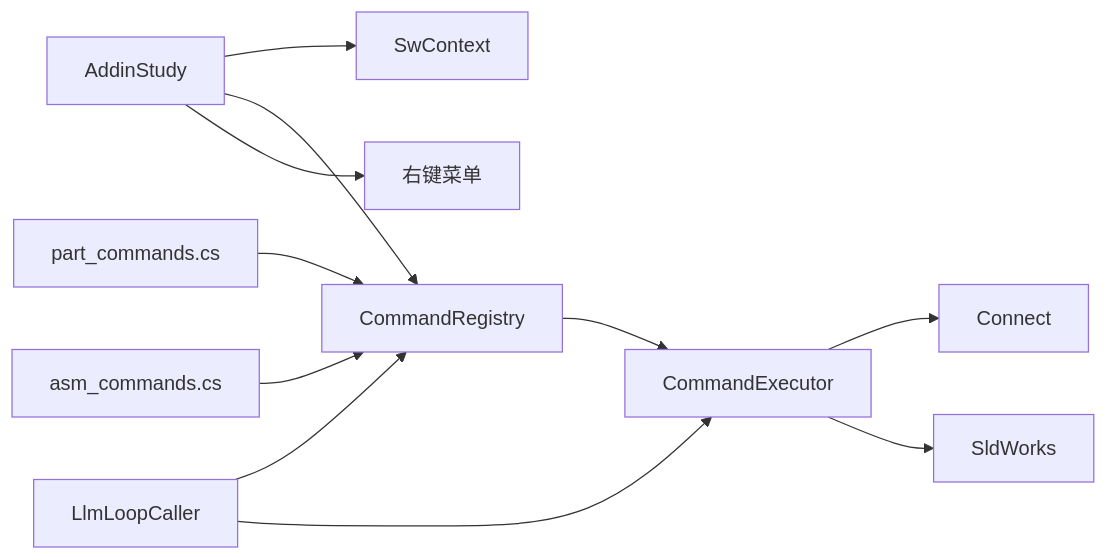
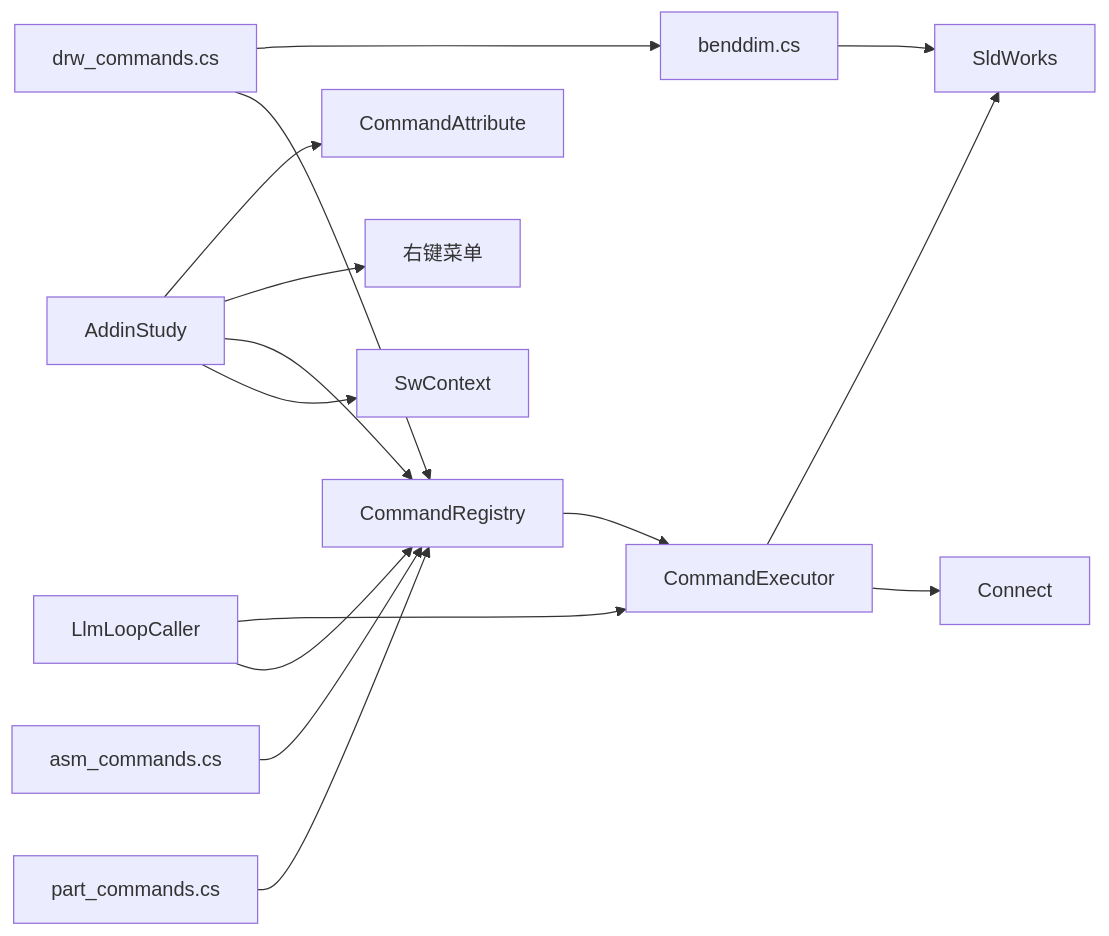
The tenth of 10 diagrams in .qoder/repowiki/zh/content/SolidWorks 集成/SolidWorks 集成.md (feudal1/my_csharp), drawn with Mermaid before and after one commit. The commit also changed other lines of this file and 6 other files, not shown here.

````diff
--- a/.qoder/repowiki/zh/content/SolidWorks 集成/SolidWorks 集成.md
+++ b/.qoder/repowiki/zh/content/SolidWorks 集成/SolidWorks 集成.md
@@ -403,13 +515,17 @@
 ```mermaid
 graph LR
 ADDIN["AddinStudy"] --> CTX["SwContext"]
 ADDIN --> REG["CommandRegistry"]
 ADDIN --> POP["右键菜单"]
+ADDIN --> CMDATTR["CommandAttribute"]
 REG --> EXE["CommandExecutor"]
 EXE --> CONN["Connect"]
 EXE --> SW["SldWorks"]
 CMDP["part_commands.cs"] --> REG
 CMDA["asm_commands.cs"] --> REG
+DRWCMD["drw_commands.cs"] --> REG
+DRWCMD --> BENDDIM["benddim.cs"]
+BENDDIM --> SW
 LLM["LlmLoopCaller"] --> REG
 LLM --> EXE
 ```
````
